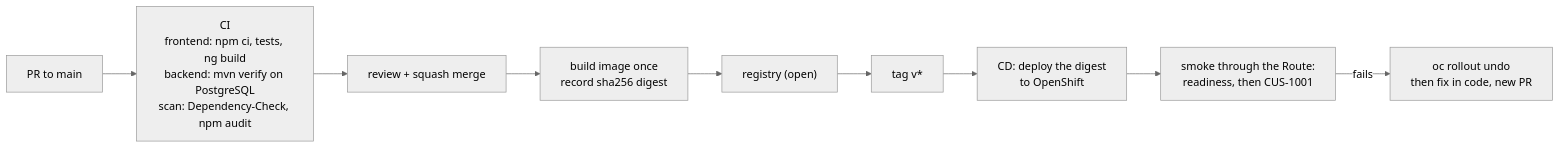
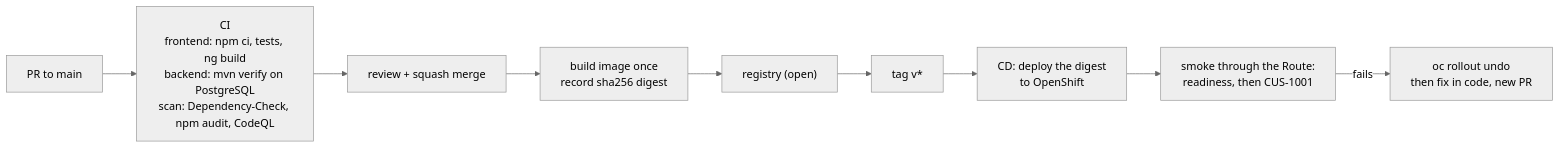
One commit to BrandonRobare/bean-brigade-customer-management-platform changed the seventh of 7 diagrams in docs/architecture.md. Above: the diagram before and after it, drawn with Mermaid (neutral theme). The commit also changed other lines of this file and 2 other files, not shown here.

Commit message:
Security scan docs (#58)

````diff
--- a/docs/architecture.md
+++ b/docs/architecture.md
@@ -227,11 +228,11 @@
 ```mermaid
 flowchart LR
-    pr["PR to main"] --> ci["CI<br/>frontend: npm ci, tests, ng build<br/>backend: mvn verify on PostgreSQL<br/>scan: Dependency-Check, npm audit"]
+    pr["PR to main"] --> ci["CI<br/>frontend: npm ci, tests, ng build<br/>backend: mvn verify on PostgreSQL<br/>scan: Dependency-Check, npm audit, CodeQL"]
     ci --> merge["review + squash merge"]
     merge --> img["build image once<br/>record sha256 digest"]
     img --> reg["registry (open)"]
     reg --> tag["tag v*"]
     tag --> cd["CD: deploy the digest<br/>to OpenShift"]
     cd --> smoke["smoke through the Route:<br/>readiness, then CUS-1001"]
     smoke -->|" fails "| undo["oc rollout undo<br/>then fix in code, new PR"]
 ```
````
